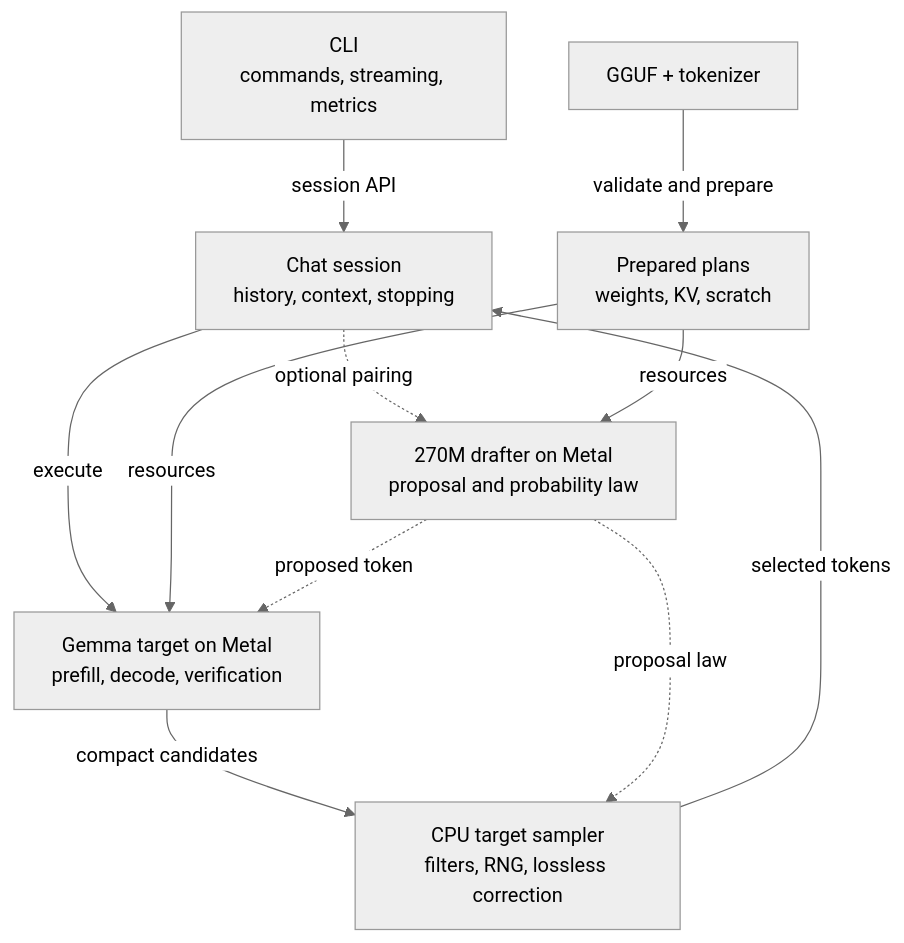
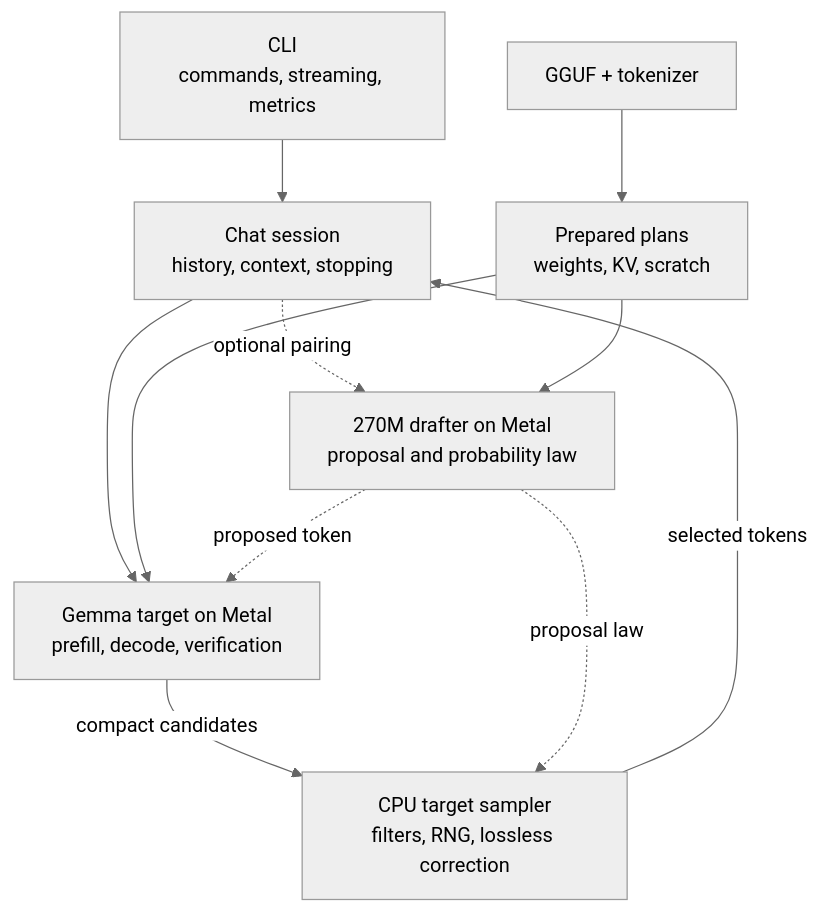
The first of 2 diagrams in README.md (joelsjo01/guffin), drawn with Mermaid (neutral theme) before and after one commit. The commit also changed other lines of this file and 10 other files, not shown here.

````diff
--- a/README.md
+++ b/README.md
@@ -58,13 +144,13 @@
 ```mermaid
 flowchart TD
-    CLI["CLI<br/>commands, streaming, metrics"] -->|session API| S["Chat session<br/>history, context, stopping"]
-    G["GGUF + tokenizer"] -->|validate and prepare| P["Prepared plans<br/>weights, KV, scratch"]
-    S -->|execute| T["Gemma target on Metal<br/>prefill, decode, verification"]
+    CLI["CLI<br/>commands, streaming, metrics"] --> S["Chat session<br/>history, context, stopping"]
+    G["GGUF + tokenizer"] --> P["Prepared plans<br/>weights, KV, scratch"]
+    S --> T["Gemma target on Metal<br/>prefill, decode, verification"]
     S -. optional pairing .-> D["270M drafter on Metal<br/>proposal and probability law"]
-    P -->|resources| T
-    P -->|resources| D
+    P --> T
+    P --> D
     T -->|compact candidates| A["CPU target sampler<br/>filters, RNG, lossless correction"]
     D -. proposed token .-> T
     D -. proposal law .-> A
     A -->|selected tokens| S
 ```
````
